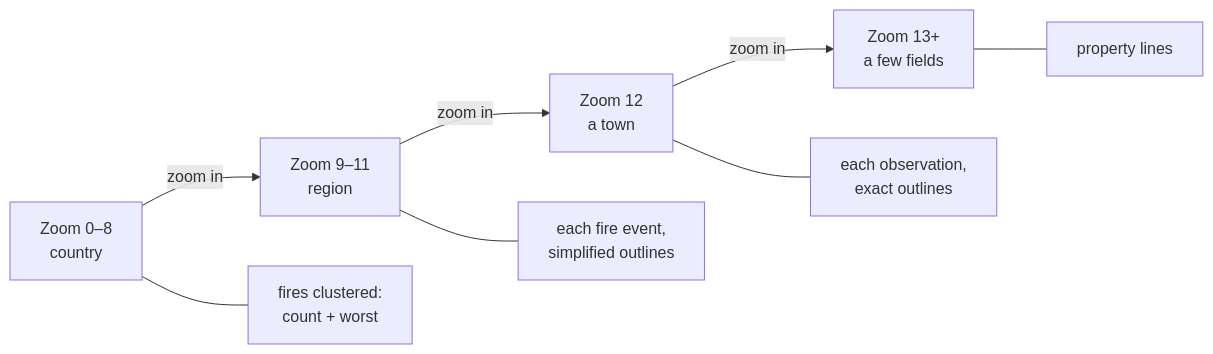
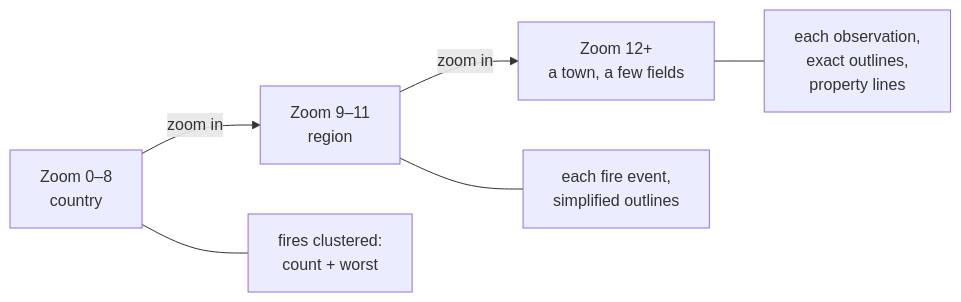
One commit to nickyperrone/Fire-Detection-System changed diagram 20 of 20 in README.md. Above: the diagram before and after it, drawn with Mermaid. The commit also changed other lines of this file, not shown here.

````diff
--- a/README.md
+++ b/README.md
@@ -574,8 +646,7 @@
 ```mermaid
 flowchart LR
-    Z0["Zoom 0–8<br/>country"] -->|zoom in| Z9["Zoom 9–11<br/>region"] -->|zoom in| Z12["Zoom 12<br/>a town"] -->|zoom in| Z13["Zoom 13+<br/>a few fields"]
+    Z0["Zoom 0–8<br/>country"] -->|zoom in| Z9["Zoom 9–11<br/>region"] -->|zoom in| Z12["Zoom 12+<br/>a town, a few fields"]
     Z0 --- A0["fires clustered:<br/>count + worst"]
     Z9 --- A9["each fire event,<br/>simplified outlines"]
-    Z12 --- A12["each observation,<br/>exact outlines"]
-    Z13 --- A13["property lines"]
+    Z12 --- A12["each observation,<br/>exact outlines,<br/>property lines"]
 ```
````
